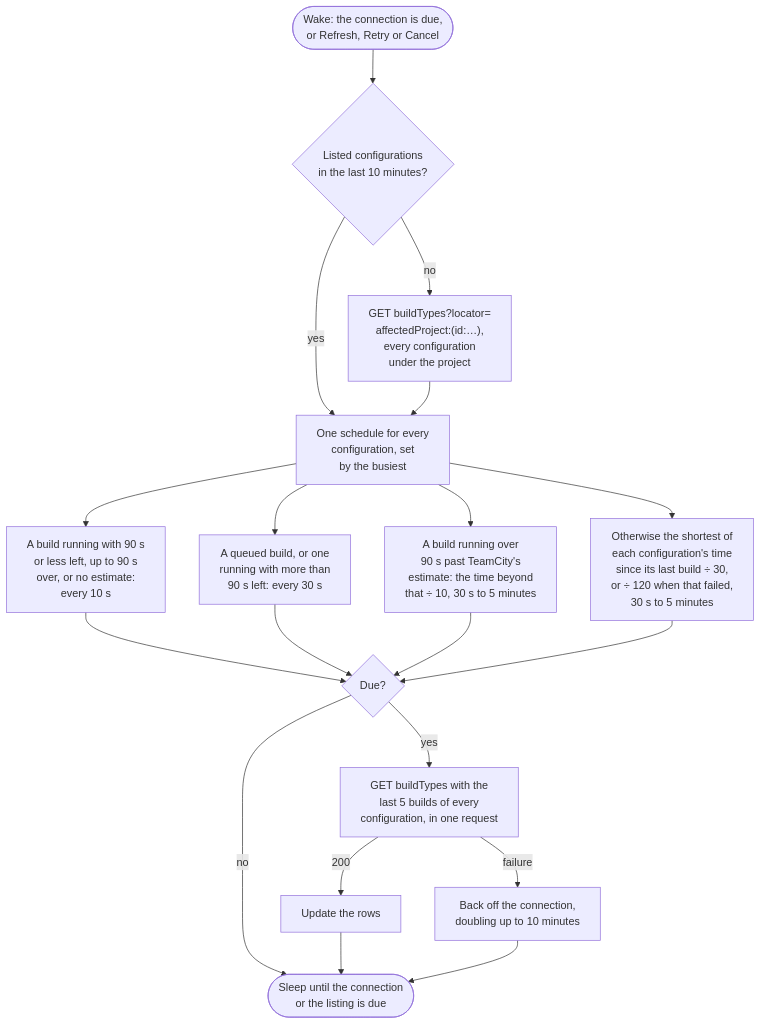
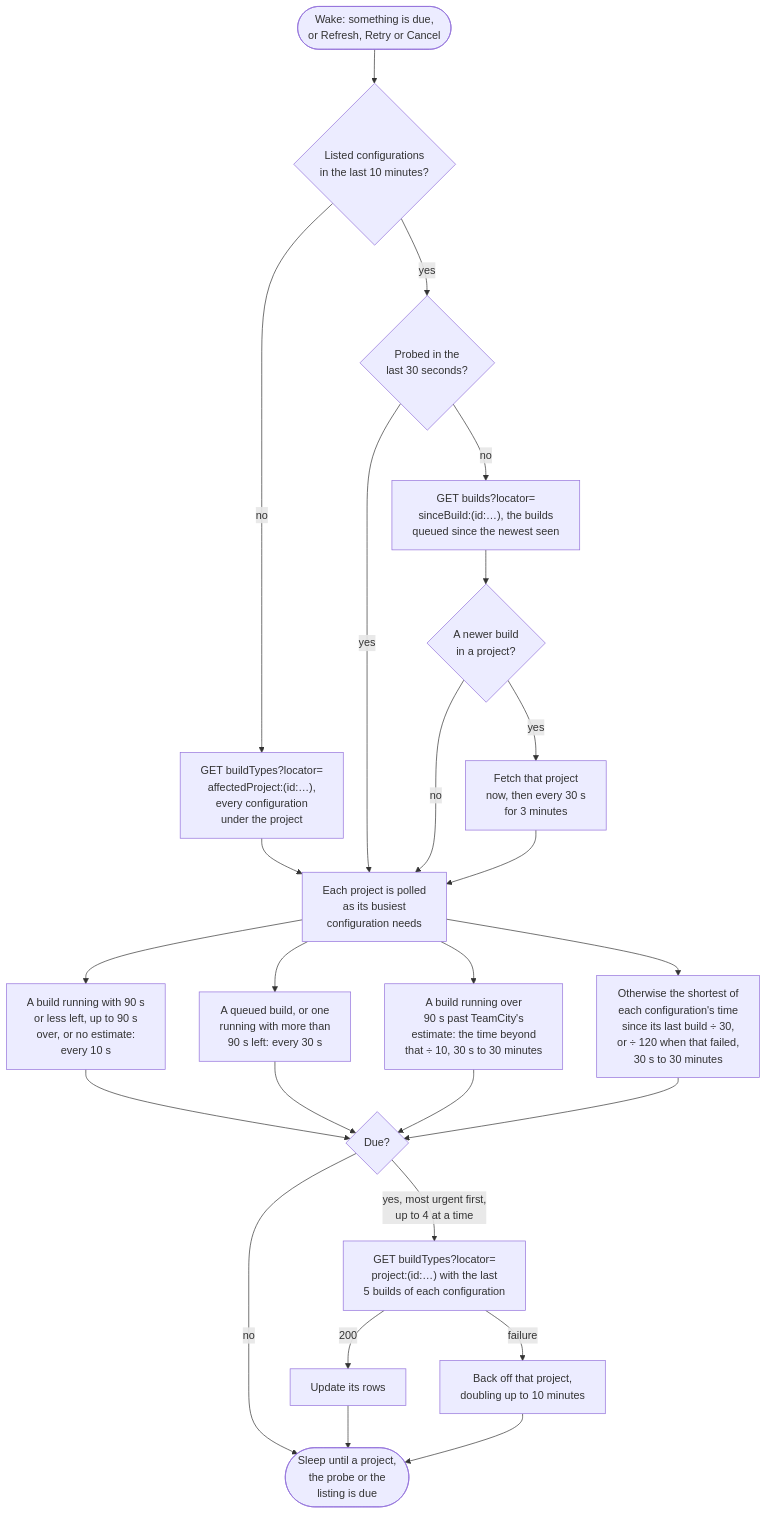
Before and after one commit to SimonCropp/BuildMonitor: the diagram in docs/mdsource/providers/teamcity.source.md, drawn with Mermaid. The commit also changed other lines of this file and 92 other files, not shown here.

````diff
--- a/docs/mdsource/providers/teamcity.source.md
+++ b/docs/mdsource/providers/teamcity.source.md
@@ -32,26 +32,32 @@
 ```mermaid
 ---
 config:
   flowchart:
     wrappingWidth: 400
 ---
 flowchart TD
-    wake(["Wake: the connection is due,<br/>or Refresh, Retry or Cancel"]) --> listed{"Listed configurations<br/>in the last 10 minutes?"}
+    wake(["Wake: something is due,<br/>or Refresh, Retry or Cancel"]) --> listed{"Listed configurations<br/>in the last 10 minutes?"}
     listed -- "no" --> discover["GET buildTypes?locator=<br/>affectedProject:(id:…),<br/>every configuration<br/>under the project"]
-    listed -- "yes" --> interval["One schedule for every<br/>configuration, set<br/>by the busiest"]
-    discover --> interval
+    listed -- "yes" --> probed{"Probed in the<br/>last 30 seconds?"}
+    probed -- "no" --> probe["GET builds?locator=<br/>sinceBuild:(id:…), the builds<br/>queued since the newest seen"]
+    probe --> moved{"A newer build<br/>in a project?"}
+    moved -- "yes" --> nudge["Fetch that project<br/>now, then every 30 s<br/>for 3 minutes"]
+    discover --> interval["Each project is polled<br/>as its busiest<br/>configuration needs"]
+    probed -- "yes" --> interval
+    moved -- "no" --> interval
+    nudge --> interval
     interval --> finishing["A build running with 90 s<br/>or less left, up to 90 s<br/>over, or no estimate:<br/>every 10 s"]
     interval --> running["A queued build, or one<br/>running with more than<br/>90 s left: every 30 s"]
-    interval --> overrun["A build running over<br/>90 s past TeamCity's<br/>estimate: the time beyond<br/>that ÷ 10, 30 s to 5 minutes"]
-    interval --> quiet["Otherwise the shortest of<br/>each configuration's time<br/>since its last build ÷ 30,<br/>or ÷ 120 when that failed,<br/>30 s to 5 minutes"]
+    interval --> overrun["A build running over<br/>90 s past TeamCity's<br/>estimate: the time beyond<br/>that ÷ 10, 30 s to 30 minutes"]
+    interval --> quiet["Otherwise the shortest of<br/>each configuration's time<br/>since its last build ÷ 30,<br/>or ÷ 120 when that failed,<br/>30 s to 30 minutes"]
     finishing --> due{"Due?"}
     running --> due
     overrun --> due
     quiet --> due
-    due -- "no" --> sleep(["Sleep until the connection<br/>or the listing is due"])
-    due -- "yes" --> fetch["GET buildTypes with the<br/>last 5 builds of every<br/>configuration, in one request"]
-    fetch -- "200" --> rows["Update the rows"]
-    fetch -- "failure" --> backoff["Back off the connection,<br/>doubling up to 10 minutes"]
+    due -- "no" --> sleep(["Sleep until a project,<br/>the probe or the<br/>listing is due"])
+    due -- "yes, most urgent first,<br/>up to 4 at a time" --> fetch["GET buildTypes?locator=<br/>project:(id:…) with the last<br/>5 builds of each configuration"]
+    fetch -- "200" --> rows["Update its rows"]
+    fetch -- "failure" --> backoff["Back off that project,<br/>doubling up to 10 minutes"]
     rows --> sleep
     backoff --> sleep
 ```
````
